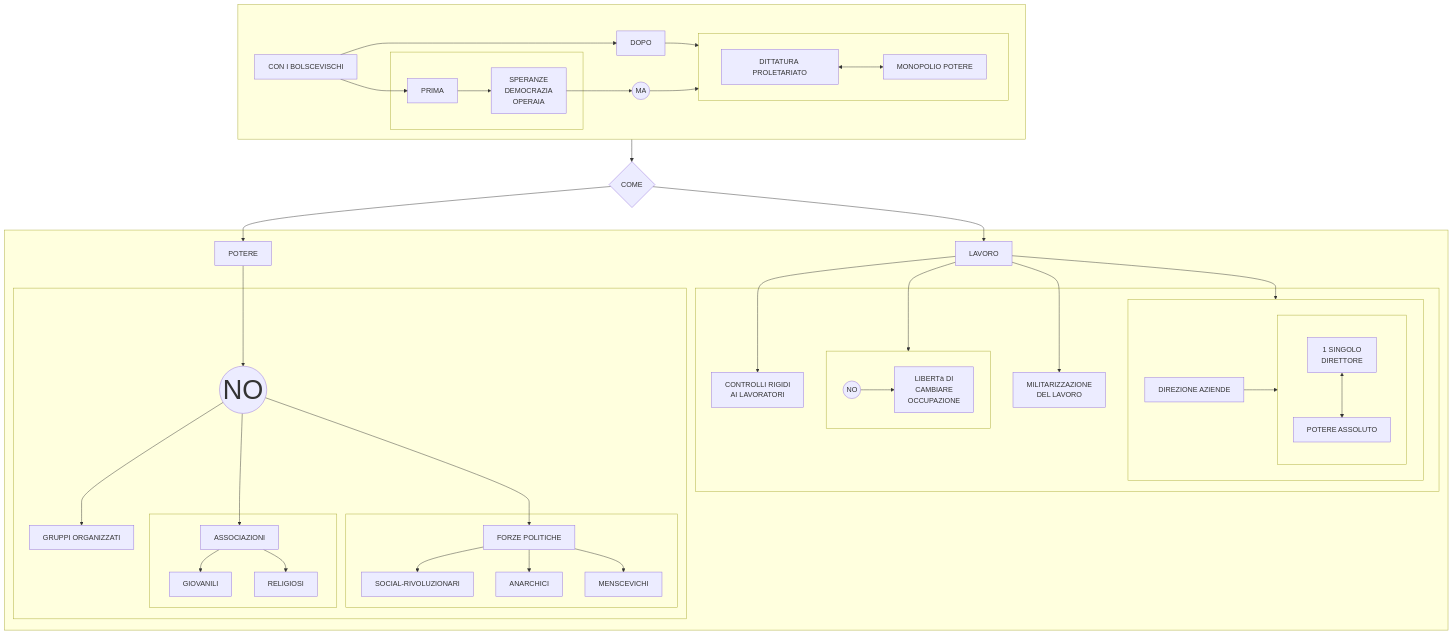
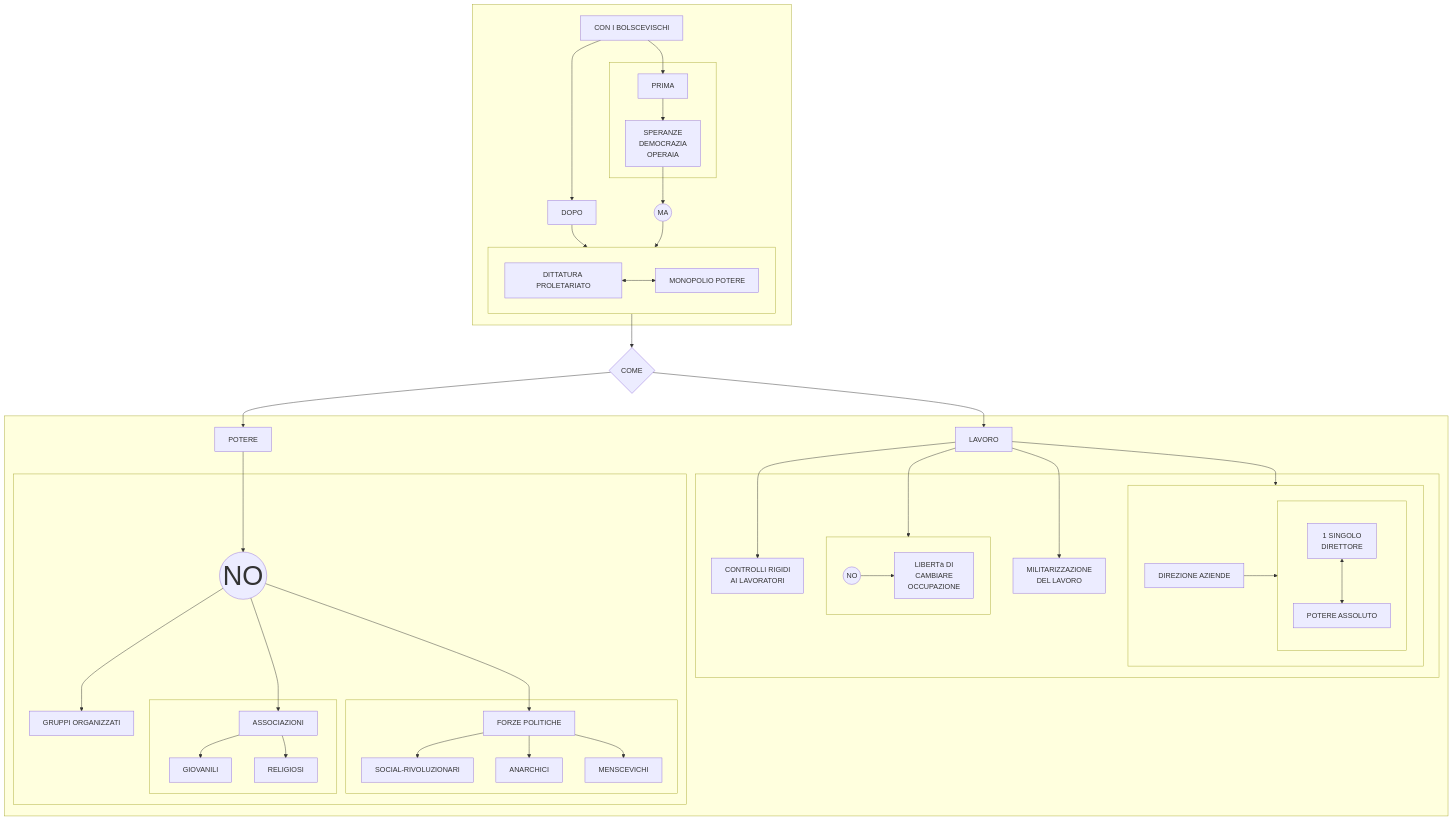
The diagram in prova.md (Laaouatni/ricerca-storia-MermaidJS), drawn with Mermaid before and after one commit.

````diff
--- a/prova.md
+++ b/prova.md
@@ -1,67 +1,67 @@
 ```mermaid
 flowchart TB
   subgraph 42[" "]
     0[CON I BOLSCEVISCHI]
     subgraph 3[" "]
       1[PRIMA]
       10[SPERANZE <br> DEMOCRAZIA <br> OPERAIA]
       1 --> 10
     end
     2[DOPO]
     0 --> 1 & 2
     subgraph 4[" "]
       40[DITTATURA PROLETARIATO]
       400[MONOPOLIO POTERE]
       40 <--> 400
     end
     2 --> 4
     41((MA))
     10 --> 41 --> 4
   end
   5{COME}
-  42 --> 5
+  4 --> 5
   5 --> 69 & 89
   subgraph 7[" "]
     69[POTERE]
     89[LAVORO]
     69 --> 60
     89 --> 80 & 81 & 82 & 83
     subgraph 6[" "]
       60((NO))
       style 60 font-size: 60px;
       61[GRUPPI ORGANIZZATI]
       subgraph 64[" "]
         62[ASSOCIAZIONI]
         620[GIOVANILI]
         621[RELIGIOSI]
       end
       subgraph 65[" "]
         63[FORZE POLITICHE]
         630[SOCIAL-RIVOLUZIONARI]
         631[ANARCHICI]
         632[MENSCEVICHI]
       end
       60 --> 61 & 62 & 63
       63 --> 630 & 631 & 632
       62 --> 620 & 621
     end
     subgraph 8[" "]
       80[CONTROLLI RIGIDI <br> AI LAVORATORI]
       subgraph 81[" "]
         810((NO))
         8100[LIBERTà DI <br> CAMBIARE <br> OCCUPAZIONE]
         810 --> 8100
       end
       82[MILITARIZZAZIONE <br> DEL LAVORO]
       subgraph 83[" "]
         830[DIREZIONE AZIENDE]
         subgraph 831[" "]
           832[1 SINGOLO <br> DIRETTORE]
           833[POTERE ASSOLUTO]
           832 <--> 833
         end
         830 --> 831
       end
     end
   end
 ```
````
